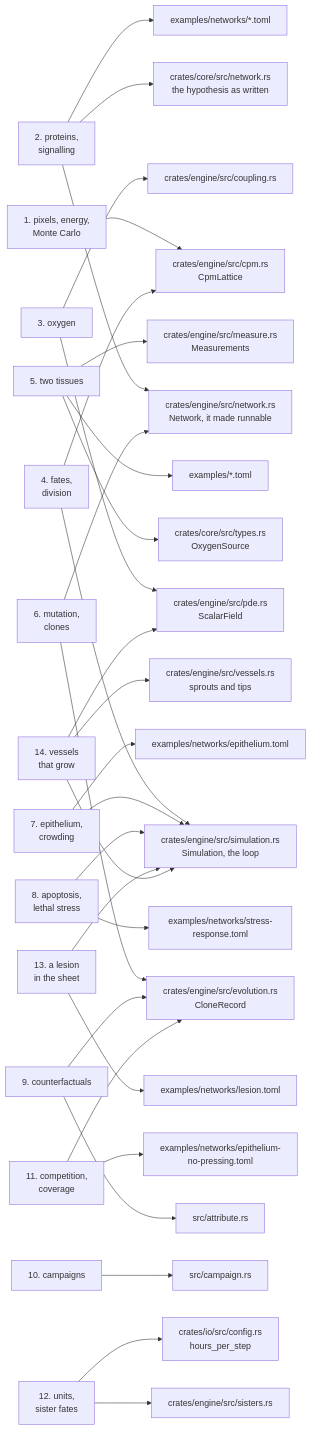
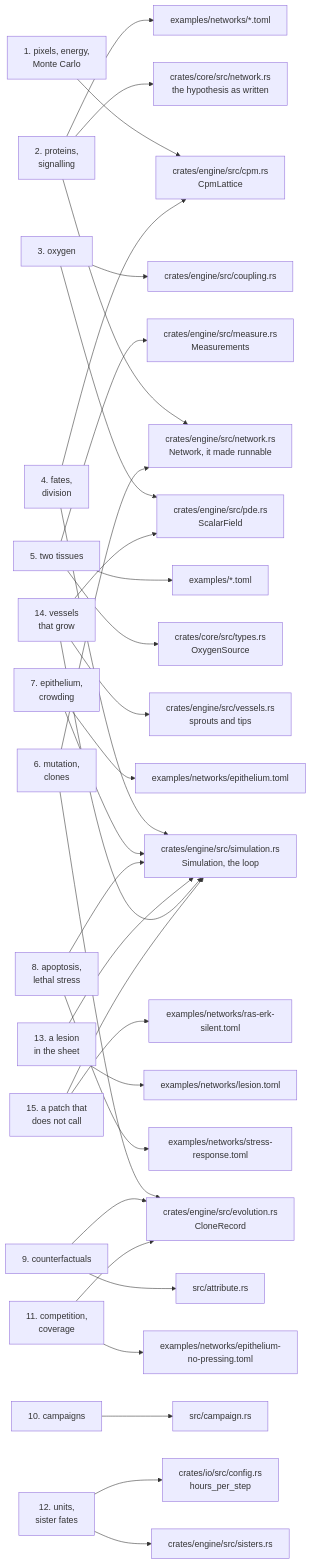
The diagram in docs/README.md (ngodzik/cellweave), drawn with Mermaid before and after one commit. The commit also changed other lines of this file and 12 other files, not shown here.

First line of the commit message:
Ask who a call for vessels feeds, with a patch that does not call (#45)

````diff
--- a/docs/README.md
+++ b/docs/README.md
@@ -37,32 +38,34 @@
 ```mermaid
 flowchart LR
     c1["1. pixels, energy,<br/>Monte Carlo"] --> cpm["crates/engine/src/cpm.rs<br/>CpmLattice"]
     c2["2. proteins,<br/>signalling"] --> net["crates/core/src/network.rs<br/>the hypothesis as written"]
     c2 --> run["crates/engine/src/network.rs<br/>Network, it made runnable"]
     c2 --> files["examples/networks/*.toml"]
     c3["3. oxygen"] --> pde["crates/engine/src/pde.rs<br/>ScalarField"]
     c3 --> cpl["crates/engine/src/coupling.rs"]
     c4["4. fates,<br/>division"] --> sim["crates/engine/src/simulation.rs<br/>Simulation, the loop"]
     c4 --> cpm
     c5["5. two tissues"] --> cfg["crates/core/src/types.rs<br/>OxygenSource"]
     c5 --> ex["examples/*.toml"]
     c5 --> mea["crates/engine/src/measure.rs<br/>Measurements"]
     c6["6. mutation,<br/>clones"] --> evo["crates/engine/src/evolution.rs<br/>CloneRecord"]
     c6 --> run
     c7["7. epithelium,<br/>crowding"] --> sim
     c7 --> epi["examples/networks/epithelium.toml"]
     c8["8. apoptosis,<br/>lethal stress"] --> sim
     c8 --> str["examples/networks/stress-response.toml"]
     c9["9. counterfactuals"] --> att["src/attribute.rs"]
     c9 --> evo
     c10["10. campaigns"] --> camp["src/campaign.rs"]
     c11["11. competition,<br/>coverage"] --> evo
     c11 --> nop["examples/networks/epithelium-no-pressing.toml"]
     c12["12. units,<br/>sister fates"] --> sis["crates/engine/src/sisters.rs"]
     c12 --> conf["crates/io/src/config.rs<br/>hours_per_step"]
     c13["13. a lesion<br/>in the sheet"] --> sim
     c13 --> les["examples/networks/lesion.toml"]
     c14["14. vessels<br/>that grow"] --> ves["crates/engine/src/vessels.rs<br/>sprouts and tips"]
     c14 --> pde
     c14 --> sim
+    c15["15. a patch that<br/>does not call"] --> sim
+    c15 --> sil["examples/networks/ras-erk-silent.toml"]
 ```
````
